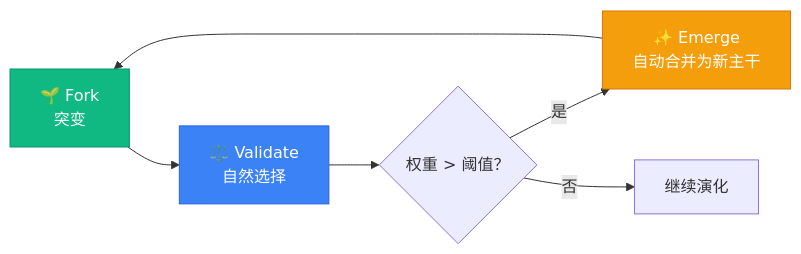
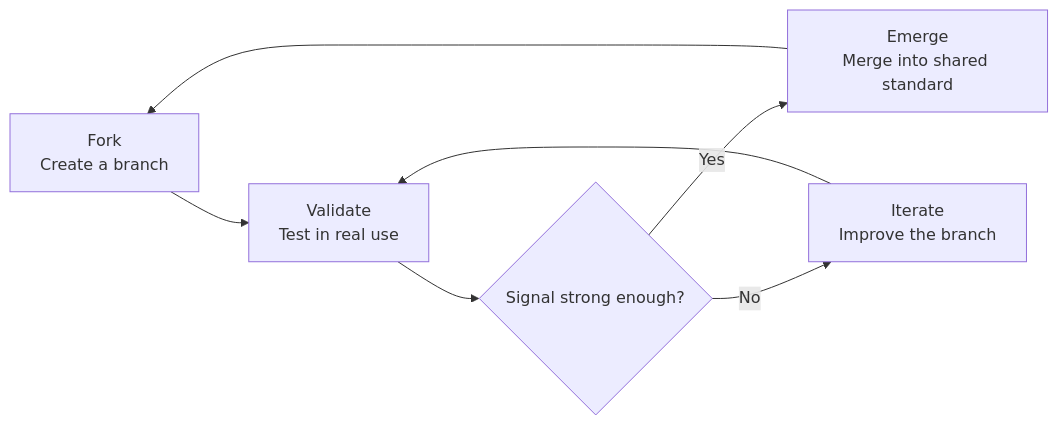
One commit to Greatbeing/AI-Knowledge-Bank changed the diagram in README.md. Above: the diagram before and after it, drawn with Mermaid. The commit also changed other lines of this file, not shown here.

````diff
--- a/README.md
+++ b/README.md
@@ -32,11 +48,9 @@
 ```mermaid
-graph LR
-    A[🌱 Fork<br/>突变] --> B[⚖️ Validate<br/>自然选择]
-    B --> C{权重 > 阈值？}
-    C -->|是 | D[✨ Emerge<br/>自动合并为新主干]
-    C -->|否 | E[继续演化]
-    D --> A
-    style A fill:#10b981,stroke:#059669,color:white
-    style B fill:#3b82f6,stroke:#2563eb,color:white
-    style D fill:#f59e0b,stroke:#d97706,color:white
+flowchart LR
+  A["Fork<br/>Create a branch"] --> B["Validate<br/>Test in real use"]
+  B --> C{"Signal strong enough?"}
+  C -->|Yes| D["Emerge<br/>Merge into shared standard"]
+  C -->|No| E["Iterate<br/>Improve the branch"]
+  E --> B
+  D --> A
 ```
````
